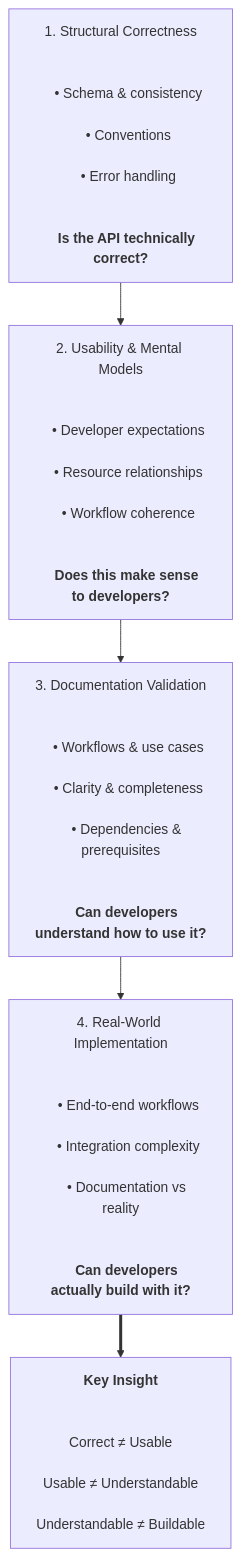
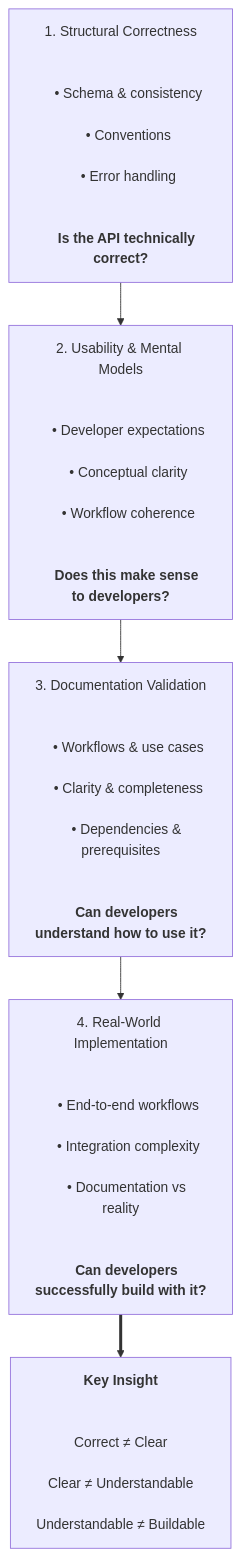
Before and after one commit to alizas1/dx-evaluation-framework: the diagram in README.md, drawn with Mermaid. The commit also changed other lines of this file, not shown here.

````diff
--- a/README.md
+++ b/README.md
@@ -53,35 +52,35 @@
 ```mermaid
 flowchart TB
     A["1. Structural Correctness<br/><br/>
     • Schema & consistency<br/>
     • Conventions<br/>
     • Error handling<br/><br/>
     <b>Is the API technically correct?</b>"]
 
     B["2. Usability & Mental Models<br/><br/>
     • Developer expectations<br/>
-    • Resource relationships<br/>
+    • Conceptual clarity<br/>
     • Workflow coherence<br/><br/>
     <b>Does this make sense to developers?</b>"]
 
     C["3. Documentation Validation<br/><br/>
     • Workflows & use cases<br/>
     • Clarity & completeness<br/>
     • Dependencies & prerequisites<br/><br/>
     <b>Can developers understand how to use it?</b>"]
 
     D["4. Real-World Implementation<br/><br/>
     • End-to-end workflows<br/>
     • Integration complexity<br/>
     • Documentation vs reality<br/><br/>
-    <b>Can developers actually build with it?</b>"]
+    <b>Can developers successfully build with it?</b>"]
 
     A --> B --> C --> D
 
     E["<b>Key Insight</b><br/><br/>
-    Correct ≠ Usable<br/>
-    Usable ≠ Understandable<br/>
+    Correct ≠ Clear<br/>
+    Clear ≠ Understandable<br/>
     Understandable ≠ Buildable"]
 
     D ==> E
 ```
````
